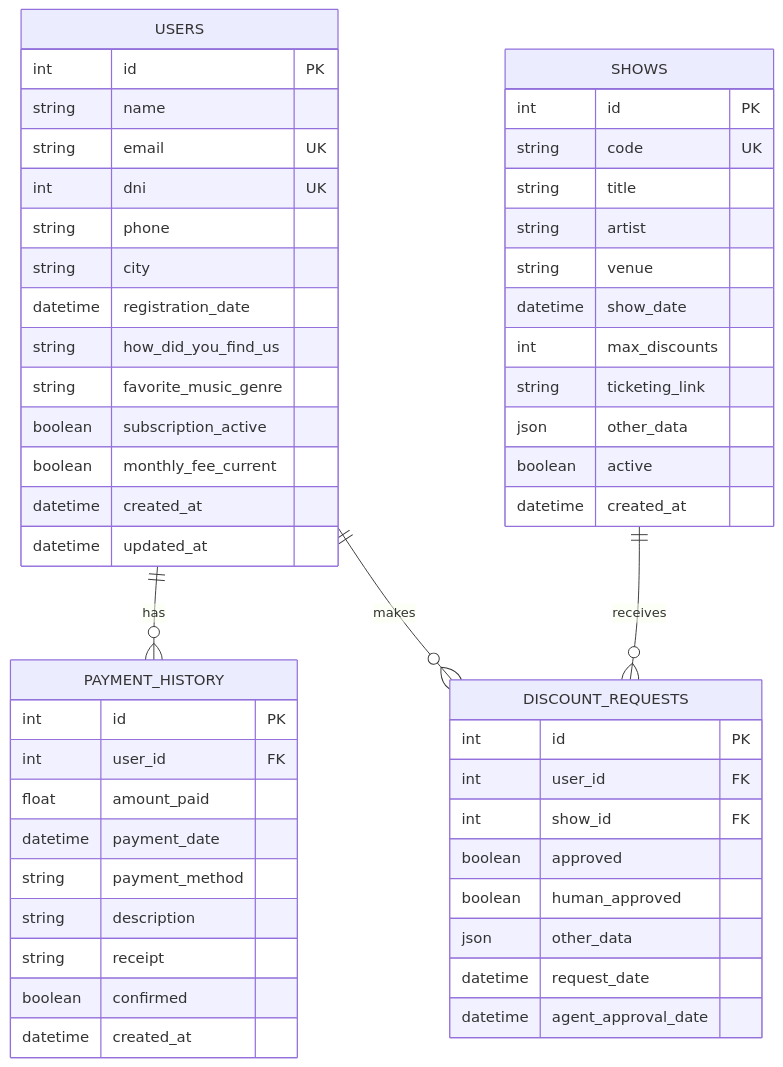
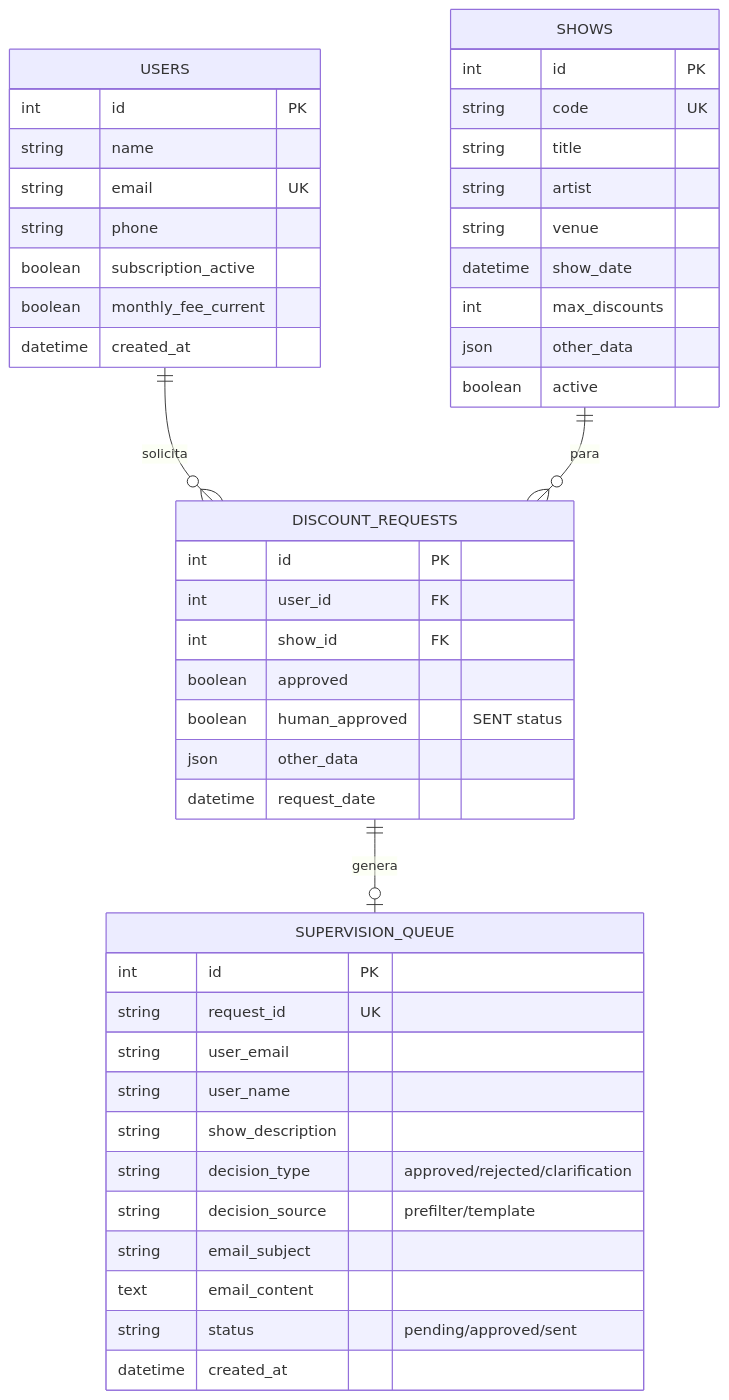
Before and after one commit to rodrigo-ds4/IndieHoyCommunity: the second of 2 diagrams in README.md, drawn with Mermaid. The commit also changed other lines of this file and 25 other files, not shown here.

````diff
--- a/README.md
+++ b/README.md
@@ -27,60 +80,52 @@
 ```mermaid
 erDiagram
     USERS {
         int id PK
         string name
         string email UK
-        int dni UK
         string phone
-        string city
-        datetime registration_date
-        string how_did_you_find_us
-        string favorite_music_genre
         boolean subscription_active
         boolean monthly_fee_current
-        datetime created_at
-        datetime updated_at
-    }
-
-    PAYMENT_HISTORY {
-        int id PK
-        int user_id FK
-        float amount_paid
-        datetime payment_date
-        string payment_method
-        string description
-        string receipt
-        boolean confirmed
         datetime created_at
     }
 
     SHOWS {
         int id PK
         string code UK
         string title
         string artist
         string venue
         datetime show_date
         int max_discounts
-        string ticketing_link
         json other_data
         boolean active
-        datetime created_at
     }
 
     DISCOUNT_REQUESTS {
         int id PK
         int user_id FK
         int show_id FK
         boolean approved
-        boolean human_approved
+        boolean human_approved "SENT status"
         json other_data
         datetime request_date
-        datetime agent_approval_date
     }
 
-    %% Relationships
-    USERS ||--o{ PAYMENT_HISTORY : "has"
-    USERS ||--o{ DISCOUNT_REQUESTS : "makes"
-    SHOWS ||--o{ DISCOUNT_REQUESTS : "receives"
+    SUPERVISION_QUEUE {
+        int id PK
+        string request_id UK
+        string user_email
+        string user_name
+        string show_description
+        string decision_type "approved/rejected/clarification"
+        string decision_source "prefilter/template"
+        string email_subject
+        text email_content
+        string status "pending/approved/sent"
+        datetime created_at
+    }
+
+    USERS ||--o{ DISCOUNT_REQUESTS : "solicita"
+    SHOWS ||--o{ DISCOUNT_REQUESTS : "para"
+    DISCOUNT_REQUESTS ||--o| SUPERVISION_QUEUE : "genera"
 ```
````
